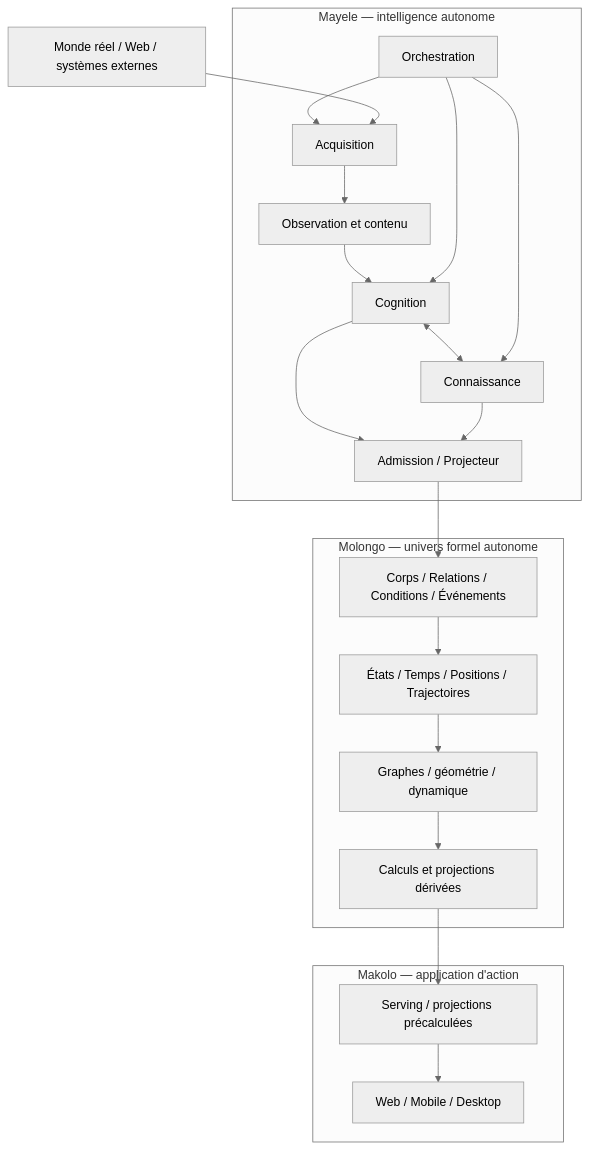
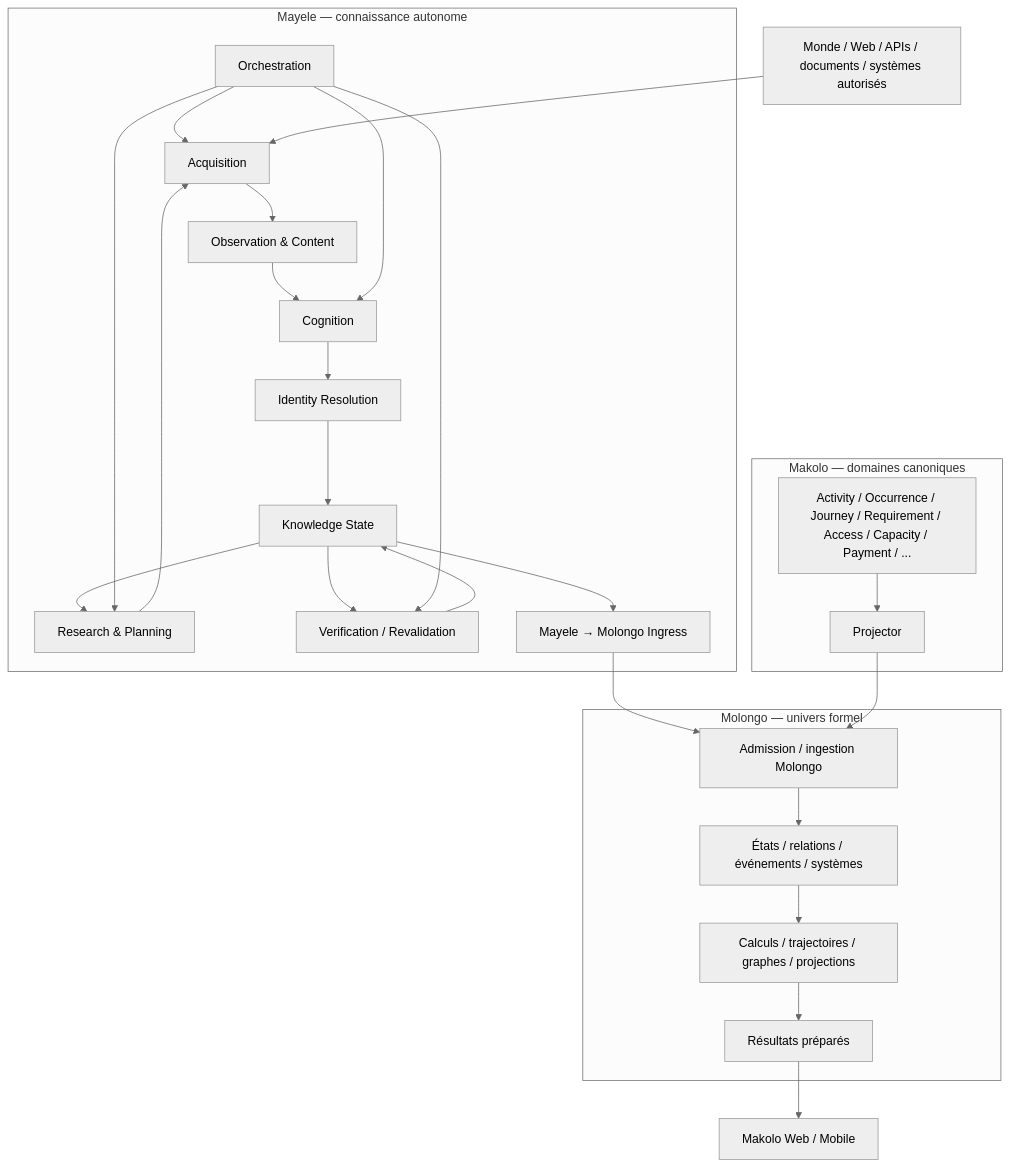
One commit to TraditionLearningCommunity/makolo changed the diagram in docs/architecture/mayele-intelligence-system.md. Above: the diagram before and after it, drawn with Mermaid (neutral theme). The commit also changed other lines of this file, not shown here.

Commit message:
Docs: reconcile Mayele architecture step 1

````diff
--- a/docs/architecture/mayele-intelligence-system.md
+++ b/docs/architecture/mayele-intelligence-system.md
@@ -1222,40 +1337,49 @@
-~~~mermaid
+```mermaid
 flowchart TD
-    W[Monde réel / Web / systèmes externes]
+    W[Monde / Web / APIs / documents / systèmes autorisés]
 
-    subgraph MAYELE[Mayele — intelligence autonome]
-        A[Acquisition]
-        O[Observation et contenu]
-        C[Cognition]
-        K[Connaissance]
-        T[Orchestration]
-        P[Admission / Projecteur]
+    subgraph MY[Mayele — connaissance autonome]
+        RP[Research & Planning]
+        ACQ[Acquisition]
+        OBS[Observation & Content]
+        COG[Cognition]
+        RES[Identity Resolution]
+        KN[Knowledge State]
+        VER[Verification / Revalidation]
+        ORC[Orchestration]
+        MI[Mayele → Molongo Ingress]
 
-        A --> O
-        O --> C
-        C <--> K
-        T --> A
-        T --> C
-        T --> K
-        C --> P
-        K --> P
+        RP --> ACQ
+        ACQ --> OBS
+        OBS --> COG
+        COG --> RES
+        RES --> KN
+        KN --> VER
+        VER --> KN
+        KN --> RP
+        ORC --> RP
+        ORC --> ACQ
+        ORC --> COG
+        ORC --> VER
+        KN --> MI
     end
 
-    subgraph MOLONGO[Molongo — univers formel autonome]
-        U[Corps / Relations / Conditions / Événements]
-        D[États / Temps / Positions / Trajectoires]
-        G[Graphes / géométrie / dynamique]
-        X[Calculs et projections dérivées]
-        U --> D --> G --> X
+    subgraph MK[Makolo — domaines canoniques]
+        DOM[Activity / Occurrence / Journey / Requirement / Access / Capacity / Payment / ...]
+        PROJ[Projector]
+        DOM --> PROJ
     end
 
-    subgraph MAKOLO[Makolo — application d'action]
-        S[Serving / projections précalculées]
-        APP[Web / Mobile / Desktop]
-        S --> APP
+    subgraph MO[Molongo — univers formel]
+        ING[Admission / ingestion Molongo]
+        UNI[États / relations / événements / systèmes]
+        CALC[Calculs / trajectoires / graphes / projections]
+        SERV[Résultats préparés]
+        ING --> UNI --> CALC --> SERV
     end
 
-    W --> A
-    P --> U
-    X --> S
-~~~
+    W --> ACQ
+    MI --> ING
+    PROJ --> ING
+    SERV --> APP[Makolo Web / Mobile]
+```
````
